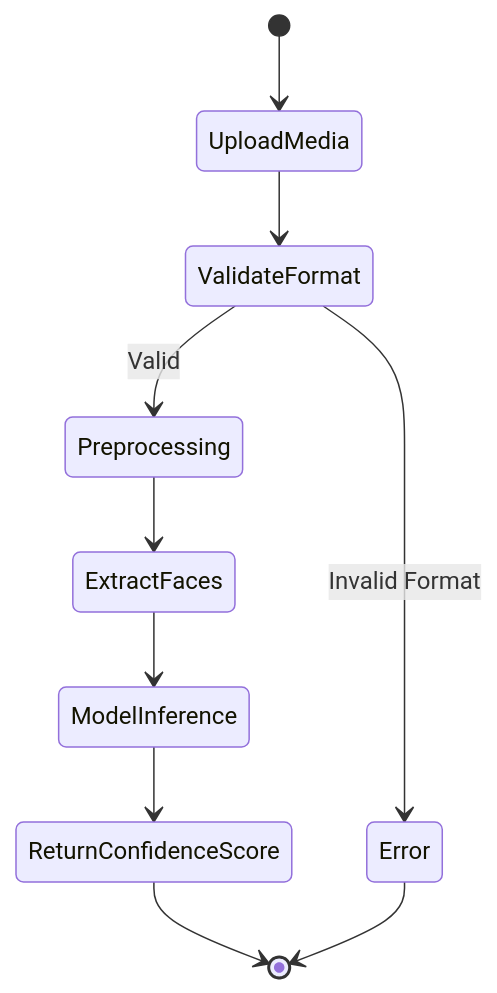
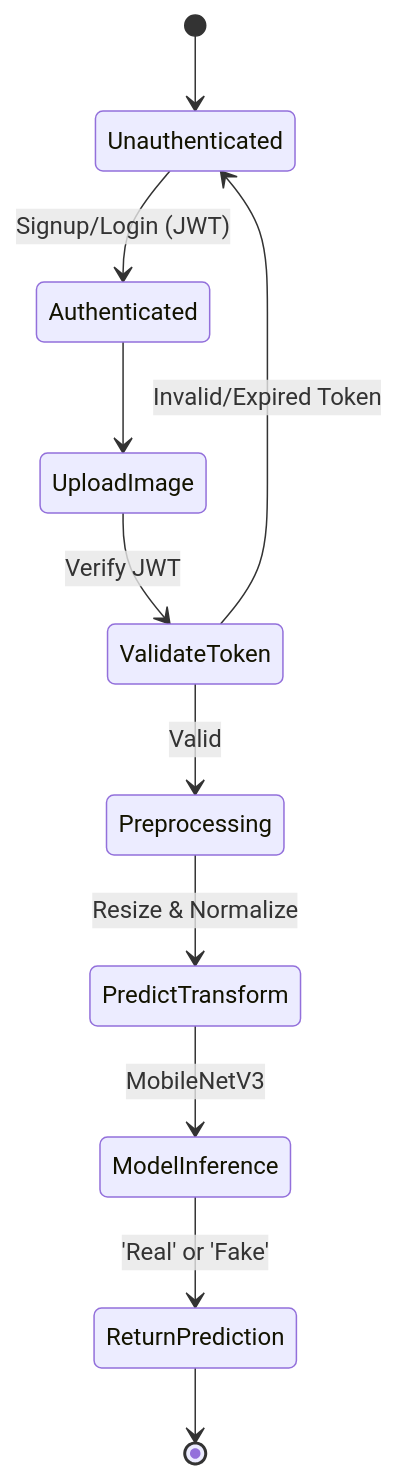
One commit to ItsDemonic/deepfake-detector changed the second of 4 diagrams in README.md. Above: the diagram before and after it, drawn with Mermaid. The commit also changed other lines of this file and 1 other file, not shown here.

Commit message:
diagrams

````diff
--- a/README.md
+++ b/README.md
@@ -49,12 +51,13 @@
 ```mermaid
 stateDiagram-v2
-    [*] --> UploadMedia
-    UploadMedia --> ValidateFormat
-    ValidateFormat --> Preprocessing: Valid
-    ValidateFormat --> Error: Invalid Format
-    Preprocessing --> ExtractFaces
-    ExtractFaces --> ModelInference
-    ModelInference --> ReturnConfidenceScore
-    ReturnConfidenceScore --> [*]
-    Error --> [*]
+    [*] --> Unauthenticated
+    Unauthenticated --> Authenticated: Signup/Login (JWT)
+    Authenticated --> UploadImage
+    UploadImage --> ValidateToken: Verify JWT
+    ValidateToken --> Preprocessing: Valid
+    ValidateToken --> Unauthenticated: Invalid/Expired Token
+    Preprocessing --> PredictTransform: Resize & Normalize
+    PredictTransform --> ModelInference: MobileNetV3
+    ModelInference --> ReturnPrediction: 'Real' or 'Fake'
+    ReturnPrediction --> [*]
 ```
````
